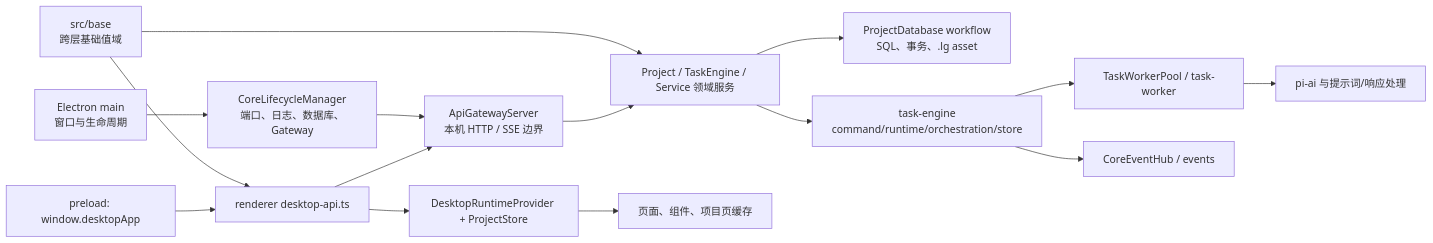
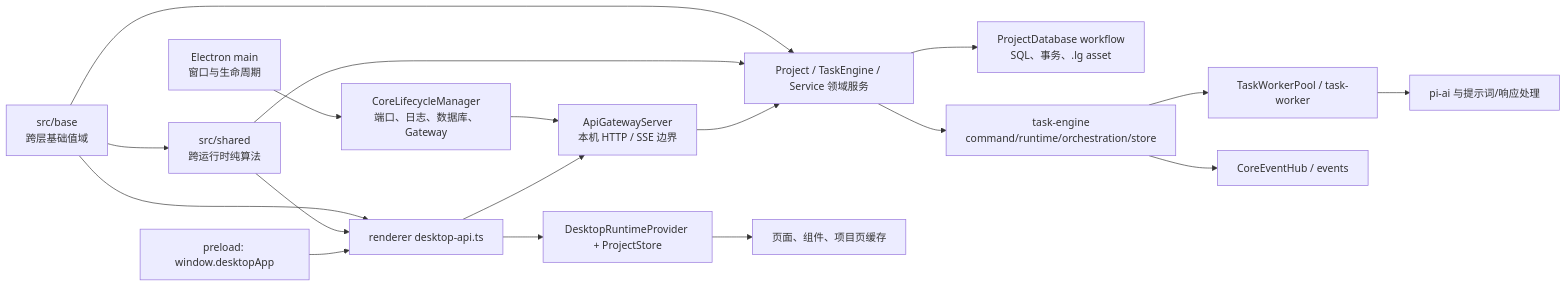
One commit to neavo/LinguaGacha changed the first of 3 diagrams in docs/ARCHITECTURE.md. Above: the diagram before and after it, drawn with Mermaid. The commit also changed other lines of this file and 19 other files, not shown here.

````diff
--- a/docs/ARCHITECTURE.md
+++ b/docs/ARCHITECTURE.md
@@ -18,17 +18,20 @@
 ```mermaid
 flowchart LR
   N["src/base<br/>跨层基础值域"] --> D
   N --> J
+  N --> S["src/shared<br/>跨运行时纯算法"]
+  S --> D
+  S --> J
   A["Electron main<br/>窗口与生命周期"] --> B["CoreLifecycleManager<br/>端口、日志、数据库、Gateway"]
   B --> C["ApiGatewayServer<br/>本机 HTTP / SSE 边界"]
   C --> D["Project / TaskEngine / Service 领域服务"]
   D --> E["ProjectDatabase workflow<br/>SQL、事务、.lg asset"]
   D --> F["task-engine<br/>command/runtime/orchestration/store"]
   F --> G["TaskWorkerPool / task-worker"]
   G --> H["pi-ai 与提示词/响应处理"]
   F --> M["CoreEventHub / events"]
   I["preload: window.desktopApp"] --> J["renderer desktop-api.ts"]
   J --> C
   J --> K["DesktopRuntimeProvider + ProjectStore"]
   K --> L["页面、组件、项目页缓存"]
 ```
````
